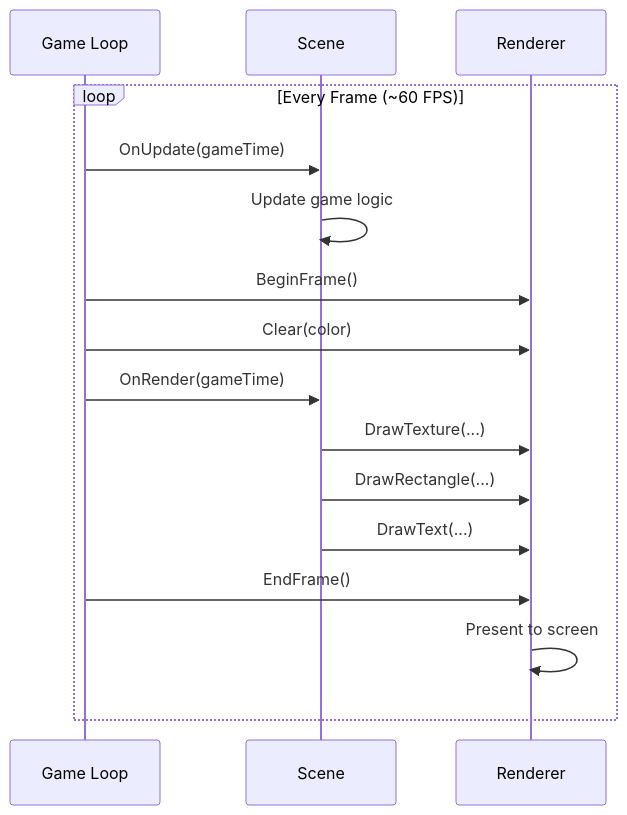
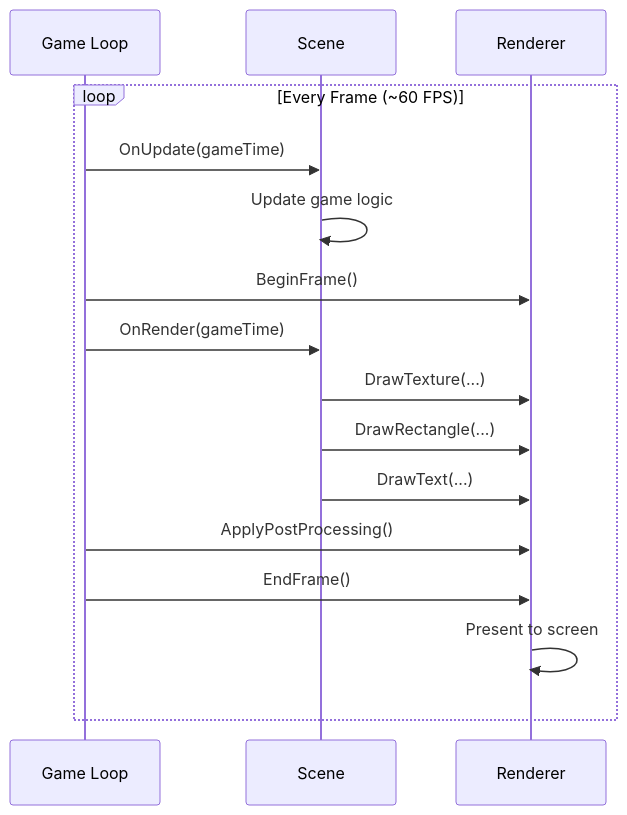
The second of 2 diagrams in docs/rendering/index.md (CrazyPickleStudios/Brine2D-Documentation), drawn with Mermaid before and after one commit. The commit also changed other lines of this file and 35 other files, not shown here.

````diff
--- a/docs/rendering/index.md
+++ b/docs/rendering/index.md
@@ -116,20 +111,20 @@
 ```mermaid
 sequenceDiagram
     participant GL as Game Loop
     participant S as Scene
     participant R as Renderer
-    
+
     loop Every Frame (~60 FPS)
         GL->>S: OnUpdate(gameTime)
         S->>S: Update game logic
-        
+
         GL->>R: BeginFrame()
-        GL->>R: Clear(color)
         GL->>S: OnRender(gameTime)
         S->>R: DrawTexture(...)
         S->>R: DrawRectangle(...)
         S->>R: DrawText(...)
+        GL->>R: ApplyPostProcessing()
         GL->>R: EndFrame()
         R->>R: Present to screen
     end
 ```
````
